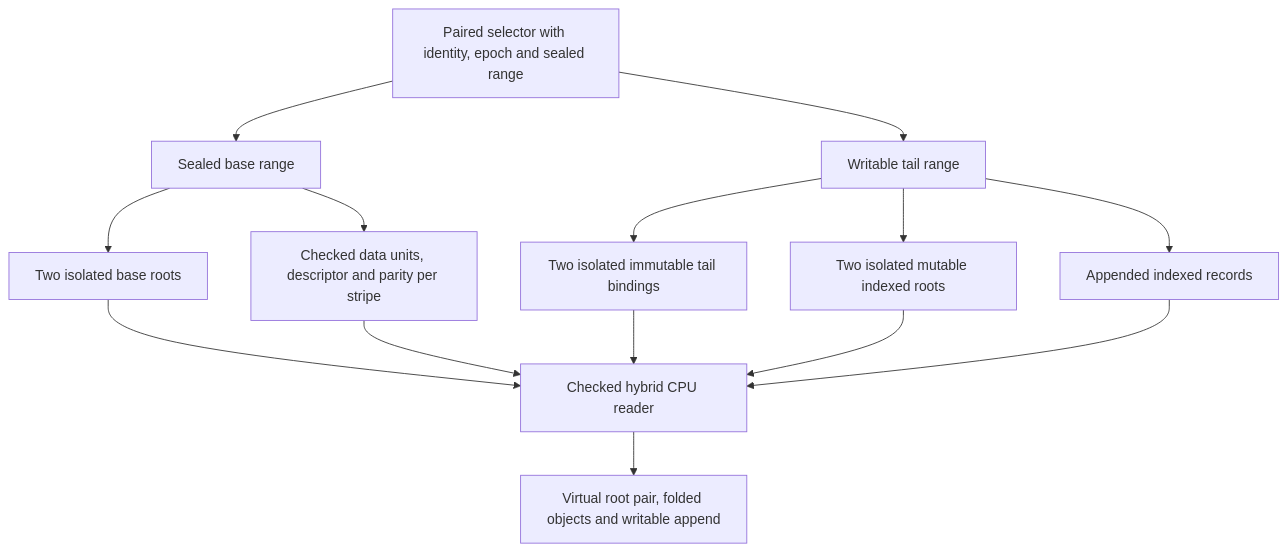
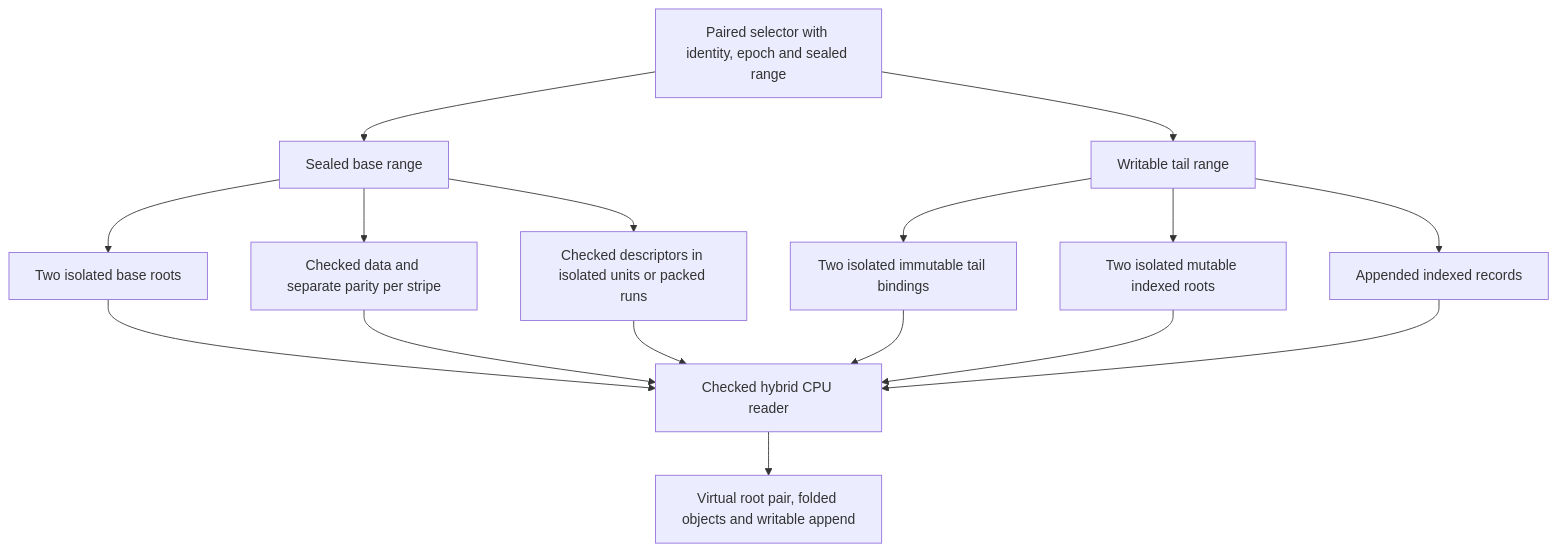
One commit to strmt7/FlitzFS changed diagram 13 of 27 in docs/architecture/CURRENT.md. Above: the diagram before and after it, drawn with Mermaid. The commit also changed other lines of this file and 19 other files, not shown here.

Commit message:
Pack sealed stripe descriptors across protection units

````diff
--- a/docs/architecture/CURRENT.md
+++ b/docs/architecture/CURRENT.md
@@ -465,16 +465,18 @@
 ```mermaid
 flowchart TD
     V["Paired selector with identity, epoch and sealed range"] --> B["Sealed base range"]
     V --> T["Writable tail range"]
     B --> R["Two isolated base roots"]
-    B --> P["Checked data units, descriptor and parity per stripe"]
+    B --> P["Checked data and separate parity per stripe"]
+    B --> D["Checked descriptors in isolated units or packed runs"]
     T --> C["Two isolated immutable tail bindings"]
     T --> M["Two isolated mutable indexed roots"]
     T --> A["Appended indexed records"]
     R --> H["Checked hybrid CPU reader"]
     P --> H
+    D --> H
     C --> H
     M --> H
     A --> H
     H --> I["Virtual root pair, folded objects and writable append"]
 ```
````
